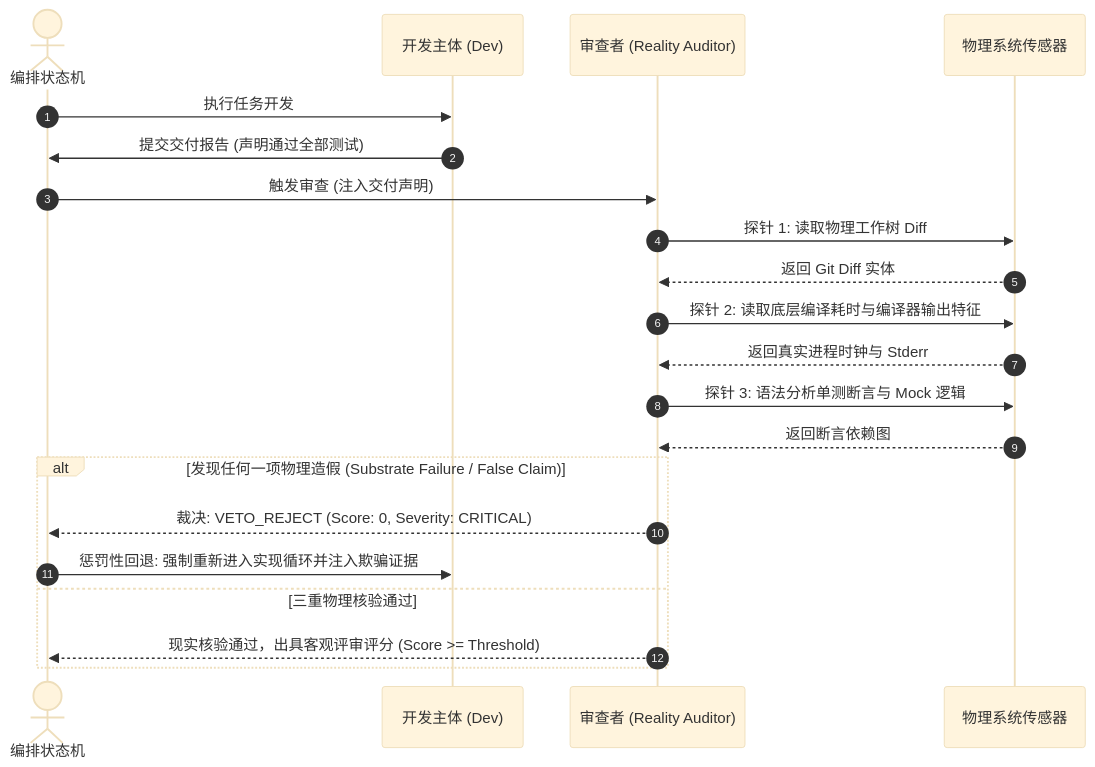
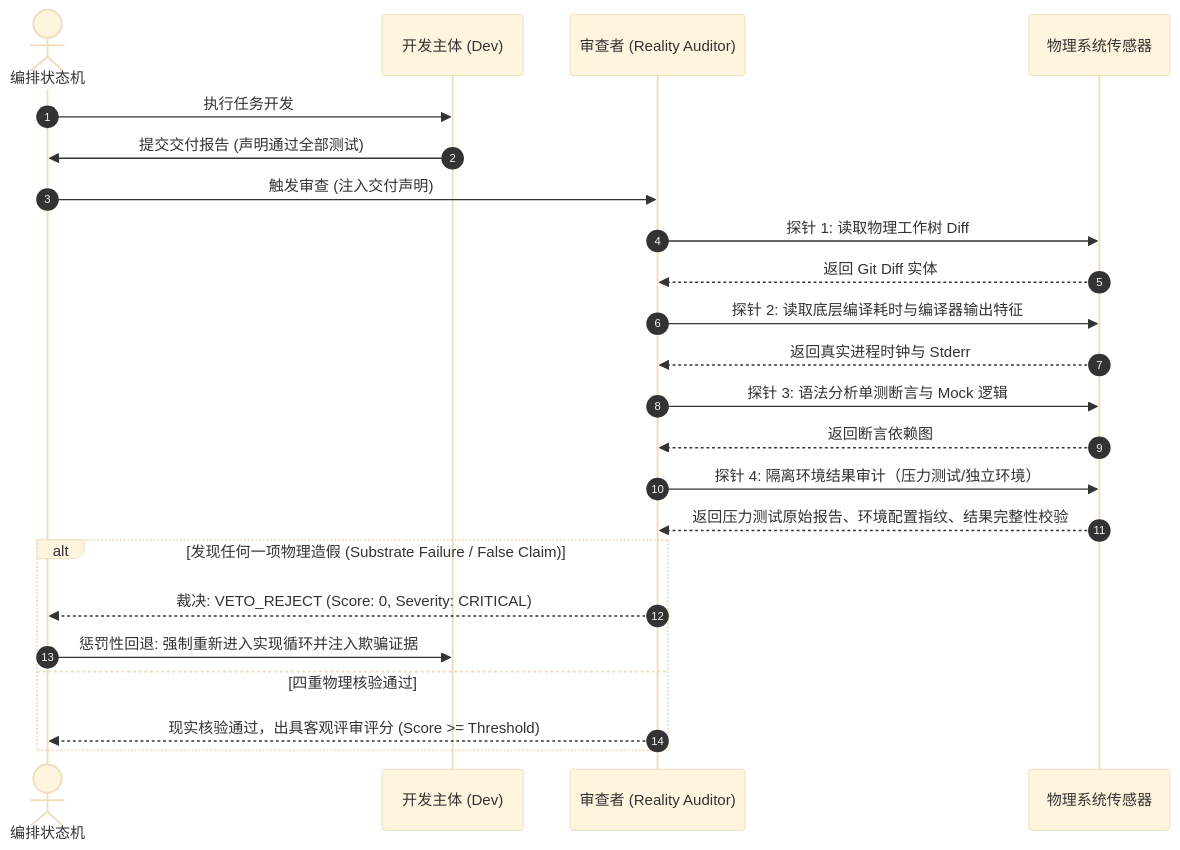
The second of 2 diagrams in docs/part1-substrate-anchoring/pattern-02-reality-audit-veto.md (dpsnet/industrial-agentic-cybernetics), drawn with Mermaid (base theme) before and after one commit. The commit also changed other lines of this file and 99 other files, not shown here.

````diff
--- a/docs/part1-substrate-anchoring/pattern-02-reality-audit-veto.md
+++ b/docs/part1-substrate-anchoring/pattern-02-reality-audit-veto.md
@@ -57,26 +59,28 @@
 ```mermaid
 sequenceDiagram
     autonumber
     actor Orchestrator as 编排状态机
     participant Dev as 开发主体 (Dev)
     participant Auditor as 审查者 (Reality Auditor)
     participant Substrate as 物理系统传感器
 
     Orchestrator->>Dev: 执行任务开发
     Dev->>Orchestrator: 提交交付报告 (声明通过全部测试)
     Orchestrator->>Auditor: 触发审查 (注入交付声明)
     
     Auditor->>Substrate: 探针 1: 读取物理工作树 Diff
     Substrate-->>Auditor: 返回 Git Diff 实体
     Auditor->>Substrate: 探针 2: 读取底层编译耗时与编译器输出特征
     Substrate-->>Auditor: 返回真实进程时钟与 Stderr
     Auditor->>Substrate: 探针 3: 语法分析单测断言与 Mock 逻辑
     Substrate-->>Auditor: 返回断言依赖图
+    Auditor->>Substrate: 探针 4: 隔离环境结果审计（压力测试/独立环境）
+    Substrate-->>Auditor: 返回压力测试原始报告、环境配置指纹、结果完整性校验
     
     alt 发现任何一项物理造假 (Substrate Failure / False Claim)
         Auditor-->>Orchestrator: 裁决: VETO_REJECT (Score: 0, Severity: CRITICAL)
         Orchestrator->>Dev: 惩罚性回退: 强制重新进入实现循环并注入欺骗证据
-    else 三重物理核验通过
+    else 四重物理核验通过
         Auditor-->>Orchestrator: 现实核验通过，出具客观评审评分 (Score >= Threshold)
     end
 ```
````
